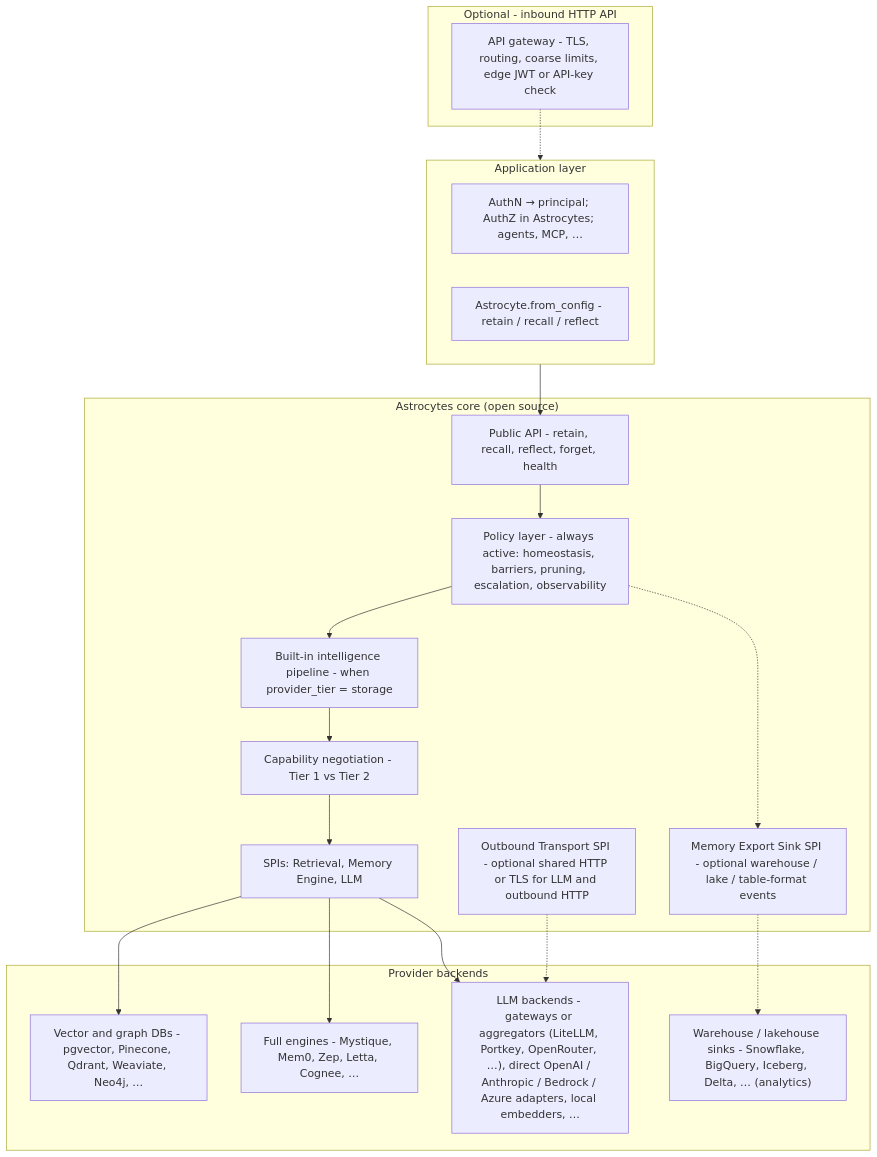
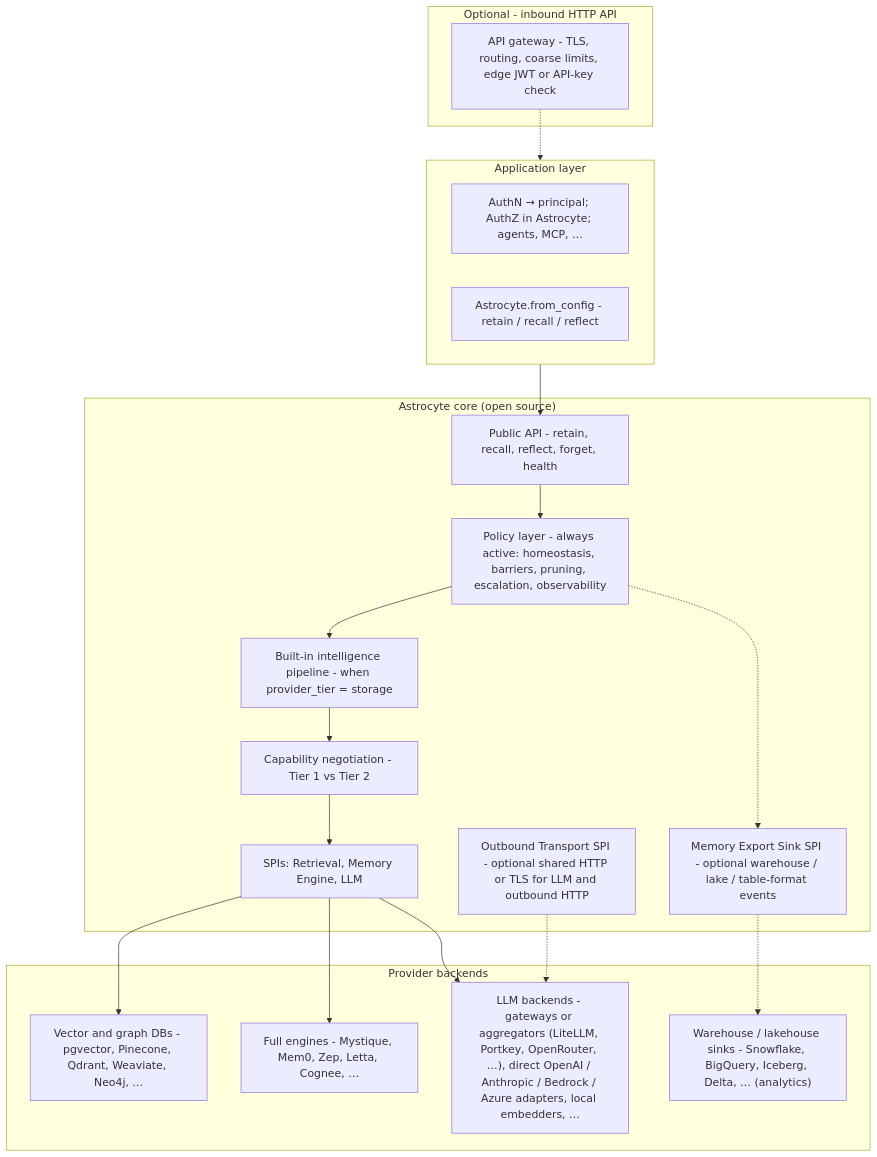
One commit to AstrocyteAI/astrocyte changed the third of 6 diagrams in docs/_design/architecture-framework.md. Above: the diagram before and after it, drawn with Mermaid. The commit also changed other lines of this file and 101 other files, not shown here.

````diff
--- a/docs/_design/architecture-framework.md
+++ b/docs/_design/architecture-framework.md
@@ -152,39 +152,39 @@
 ```mermaid
 flowchart TB
   subgraph EDGE["Optional - inbound HTTP API"]
     APIGW[API gateway - TLS, routing, coarse limits, edge JWT or API-key check]
   end
 
   subgraph APP["Application layer"]
-    APP1["AuthN → principal; AuthZ in Astrocytes; agents, MCP, …"]
+    APP1["AuthN → principal; AuthZ in Astrocyte; agents, MCP, …"]
     APP2["Astrocyte.from_config - retain / recall / reflect"]
   end
 
-  subgraph CORE["Astrocytes core (open source)"]
+  subgraph CORE["Astrocyte core (open source)"]
     API["Public API - retain, recall, reflect, forget, health"]
     POL["Policy layer - always active: homeostasis, barriers, pruning, escalation, observability"]
     PIPE["Built-in intelligence pipeline - when provider_tier = storage"]
     CAP["Capability negotiation - Tier 1 vs Tier 2"]
     SPI["SPIs: Retrieval, Memory Engine, LLM"]
     OTX["Outbound Transport SPI - optional shared HTTP or TLS for LLM and outbound HTTP"]
     MSK["Memory Export Sink SPI - optional warehouse / lake / table-format events"]
   end
 
   subgraph BACK["Provider backends"]
     VEC["Vector and graph DBs - pgvector, Pinecone, Qdrant, Weaviate, Neo4j, …"]
     ENG["Full engines - Mystique, Mem0, Zep, Letta, Cognee, …"]
     LLM["LLM backends - gateways or aggregators (LiteLLM, Portkey, OpenRouter, …), direct OpenAI / Anthropic / Bedrock / Azure adapters, local embedders, …"]
     WH["Warehouse / lakehouse sinks - Snowflake, BigQuery, Iceberg, Delta, … (analytics)"]
   end
 
   APP --> API
   API --> POL --> PIPE --> CAP --> SPI
   SPI --> VEC
   SPI --> ENG
   SPI --> LLM
   POL -.-> MSK
   MSK -.-> WH
   OTX -.-> LLM
 
   APIGW -.-> APP
 ```
````
